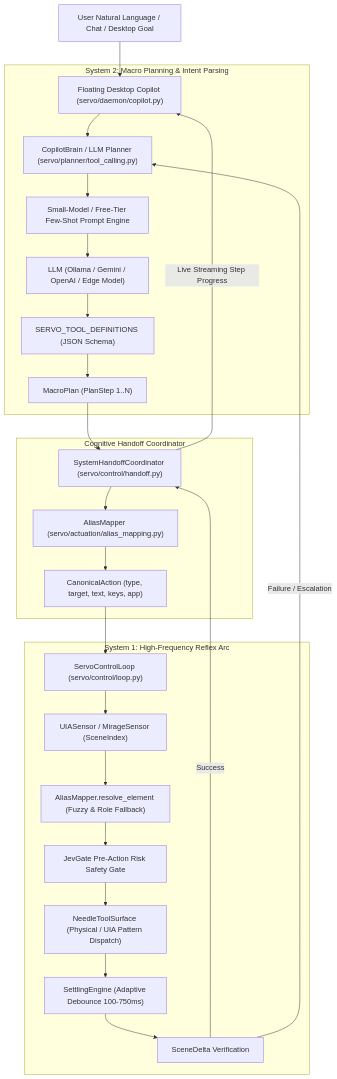
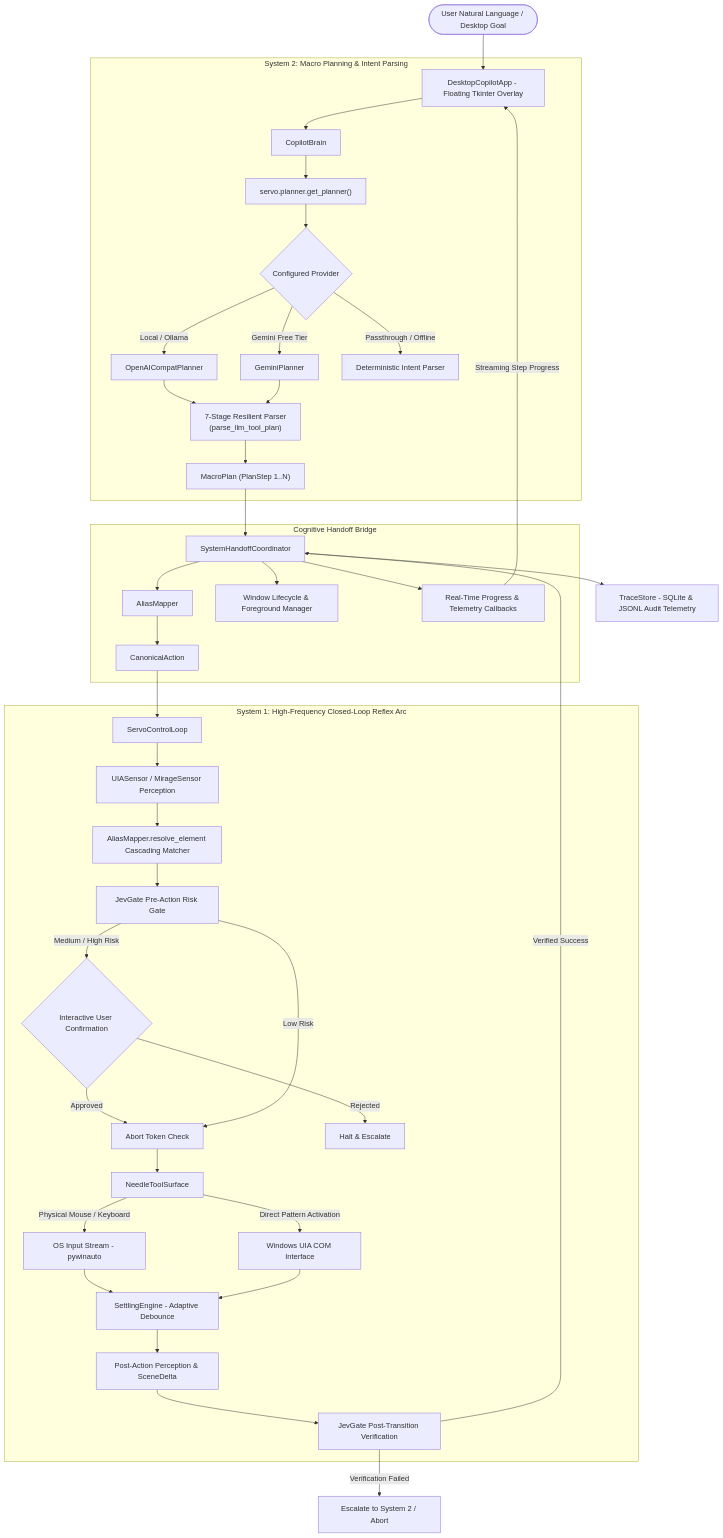
Before and after one commit to ashimst/servo: the diagram in SERVO_ARCHITECTURE_V3.md, drawn with Mermaid. The commit also changed other lines of this file and 22 other files, not shown here.

Commit message:
feat(v3): finalize System 1/2 cognitive handoff, robust tool calling, and copilot pipeline

````diff
--- a/SERVO_ARCHITECTURE_V3.md
+++ b/SERVO_ARCHITECTURE_V3.md
@@ -14,32 +24,51 @@
 ```mermaid
 flowchart TD
-    User["User Natural Language / Chat / Desktop Goal"] --> Copilot["Floating Desktop Copilot (servo/daemon/copilot.py)"]
+    User([User Natural Language / Desktop Goal]) --> CopilotUI[DesktopCopilotApp - Floating Tkinter Overlay]
     
-    subgraph "System 2: Macro Planning & Intent Parsing"
-        Copilot --> S2["CopilotBrain / LLM Planner (servo/planner/tool_calling.py)"]
-        S2 --> PromptEngine["Small-Model / Free-Tier Few-Shot Prompt Engine"]
-        PromptEngine --> LLM["LLM (Ollama / Gemini / OpenAI / Edge Model)"]
-        LLM --> ToolSchema["SERVO_TOOL_DEFINITIONS (JSON Schema)"]
-        ToolSchema --> MacroPlan["MacroPlan (PlanStep 1..N)"]
+    subgraph S2["System 2: Macro Planning & Intent Parsing"]
+        CopilotUI --> Brain[CopilotBrain]
+        Brain --> PlannerFactory["servo.planner.get_planner()"]
+        PlannerFactory --> Adapters{Configured Provider}
+        Adapters -->|Local / Ollama| OpenAIPlanner[OpenAICompatPlanner]
+        Adapters -->|Gemini Free Tier| GeminiPlanner[GeminiPlanner]
+        Adapters -->|Passthrough / Offline| FallbackPlanner[Deterministic Intent Parser]
+        
+        OpenAIPlanner --> Parser["7-Stage Resilient Parser\n(parse_llm_tool_plan)"]
+        GeminiPlanner --> Parser
+        Parser --> MacroPlan["MacroPlan (PlanStep 1..N)"]
     end
     
-    subgraph "Cognitive Handoff Coordinator"
-        MacroPlan --> Handoff["SystemHandoffCoordinator (servo/control/handoff.py)"]
-        Handoff --> Alias["AliasMapper (servo/actuation/alias_mapping.py)"]
-        Alias --> Canonical["CanonicalAction (type, target, text, keys, app)"]
+    subgraph Bridge["Cognitive Handoff Bridge"]
+        MacroPlan --> HandoffCoord[SystemHandoffCoordinator]
+        HandoffCoord --> AliasEngine[AliasMapper]
+        AliasEngine --> CanonicalAction[CanonicalAction]
+        HandoffCoord --> WinManager[Window Lifecycle & Foreground Manager]
+        HandoffCoord --> ProgressStream[Real-Time Progress & Telemetry Callbacks]
     end
     
-    subgraph "System 1: High-Frequency Reflex Arc"
-        Canonical --> Loop["ServoControlLoop (servo/control/loop.py)"]
-        Loop --> Sense["UIASensor / MirageSensor (SceneIndex)"]
-        Sense --> TargetMatch["AliasMapper.resolve_element (Fuzzy & Role Fallback)"]
-        TargetMatch --> JevGate["JevGate Pre-Action Risk Safety Gate"]
-        JevGate --> Actuate["NeedleToolSurface (Physical / UIA Pattern Dispatch)"]
-        Actuate --> Settle["SettlingEngine (Adaptive Debounce 100-750ms)"]
-        Settle --> Diff["SceneDelta Verification"]
+    ProgressStream -->|Streaming Step Progress| CopilotUI
+    
+    subgraph S1["System 1: High-Frequency Closed-Loop Reflex Arc"]
+        CanonicalAction --> Loop[ServoControlLoop]
+        Loop --> SenseStage[UIASensor / MirageSensor Perception]
+        SenseStage --> TargetResolve[AliasMapper.resolve_element Cascading Matcher]
+        TargetResolve --> JevPre[JevGate Pre-Action Risk Gate]
+        JevPre -->|Medium / High Risk| ConfirmDialog{Interactive User Confirmation}
+        ConfirmDialog -->|Approved| ActuateCheck[Abort Token Check]
+        ConfirmDialog -->|Rejected| FailHalt[Halt & Escalate]
+        JevPre -->|Low Risk| ActuateCheck
+        ActuateCheck --> NeedleTools[NeedleToolSurface]
+        
+        NeedleTools -->|Physical Mouse / Keyboard| OSInput[OS Input Stream - pywinauto]
+        NeedleTools -->|Direct Pattern Activation| UIACOM[Windows UIA COM Interface]
+        
+        OSInput --> Settle[SettlingEngine - Adaptive Debounce]
+        UIACOM --> Settle
+        Settle --> SensePost[Post-Action Perception & SceneDelta]
+        SensePost --> JevPost[JevGate Post-Transition Verification]
     end
-
-    Diff -->|Success| Handoff
-    Diff -->|Failure / Escalation| S2
-    Handoff -->|Live Streaming Step Progress| Copilot
+    
+    JevPost -->|Verified Success| HandoffCoord
+    JevPost -->|Verification Failed| Escalate[Escalate to System 2 / Abort]
+    HandoffCoord --> Trace[TraceStore - SQLite & JSONL Audit Telemetry]
 ```
````
